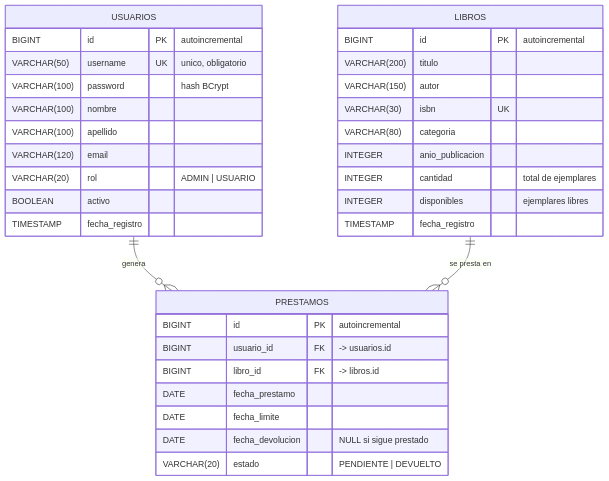
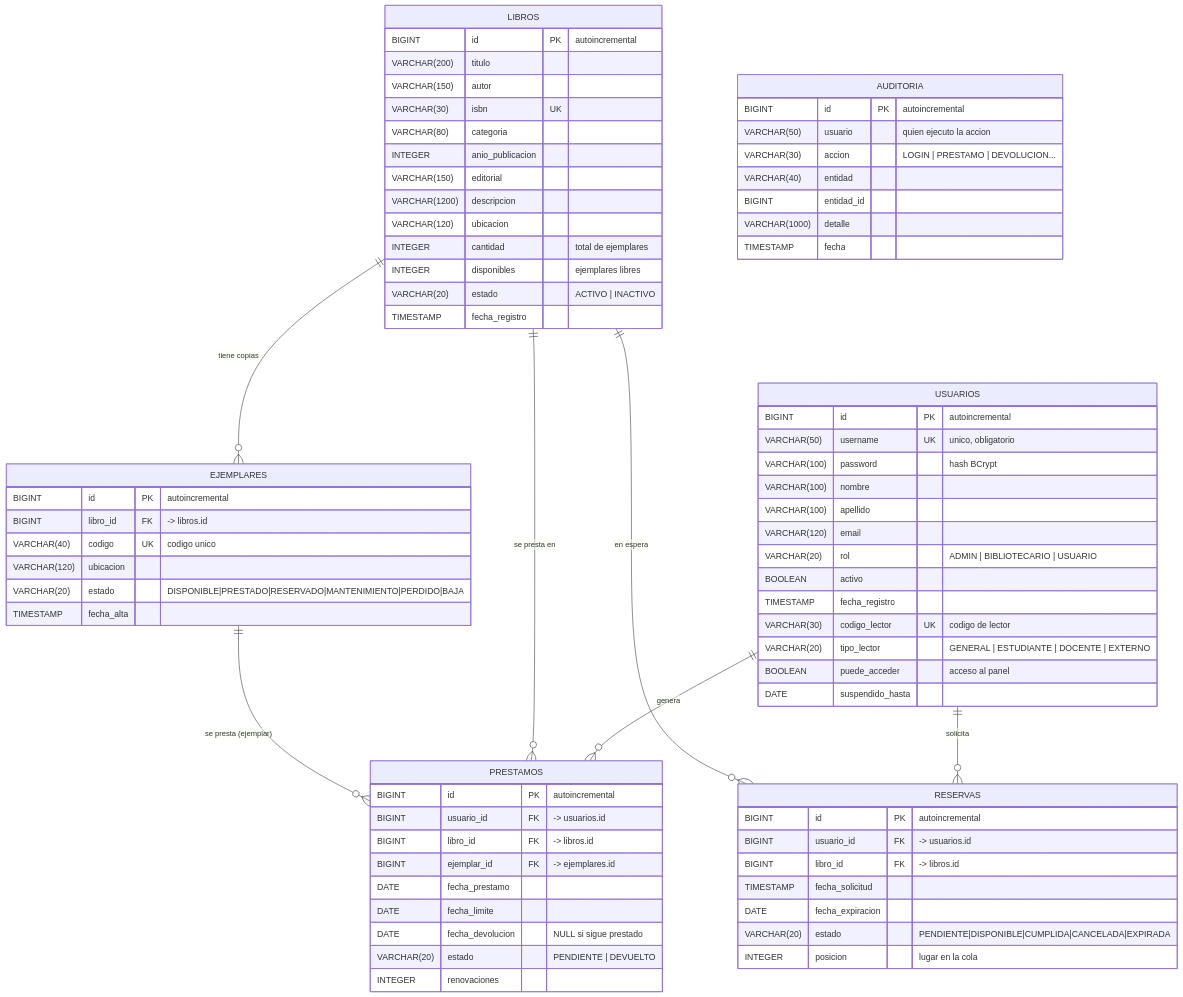
The first of 2 diagrams in INFORME.md (Maalik47/Biblioteca), drawn with Mermaid before and after one commit. The commit also changed other lines of this file and 69 other files, not shown here.

````diff
--- a/INFORME.md
+++ b/INFORME.md
@@ -99,39 +111,82 @@
 ```mermaid
 erDiagram
-    USUARIOS ||--o{ PRESTAMOS : "genera"
-    LIBROS   ||--o{ PRESTAMOS : "se presta en"
+    USUARIOS  ||--o{ PRESTAMOS  : "genera"
+    USUARIOS  ||--o{ RESERVAS   : "solicita"
+    LIBROS    ||--o{ PRESTAMOS  : "se presta en"
+    LIBROS    ||--o{ EJEMPLARES : "tiene copias"
+    LIBROS    ||--o{ RESERVAS   : "en espera"
+    EJEMPLARES ||--o{ PRESTAMOS : "se presta (ejemplar)"
 
     USUARIOS {
         BIGINT       id PK "autoincremental"
         VARCHAR(50)  username UK "unico, obligatorio"
         VARCHAR(100) password "hash BCrypt"
         VARCHAR(100) nombre
         VARCHAR(100) apellido
         VARCHAR(120) email
-        VARCHAR(20)  rol "ADMIN | USUARIO"
+        VARCHAR(20)  rol "ADMIN | BIBLIOTECARIO | USUARIO"
         BOOLEAN      activo
         TIMESTAMP    fecha_registro
+        VARCHAR(30)  codigo_lector UK "codigo de lector"
+        VARCHAR(20)  tipo_lector "GENERAL | ESTUDIANTE | DOCENTE | EXTERNO"
+        BOOLEAN      puede_acceder "acceso al panel"
+        DATE         suspendido_hasta
     }
 
     LIBROS {
         BIGINT       id PK "autoincremental"
         VARCHAR(200) titulo
         VARCHAR(150) autor
         VARCHAR(30)  isbn UK
         VARCHAR(80)  categoria
         INTEGER      anio_publicacion
+        VARCHAR(150) editorial
+        VARCHAR(1200) descripcion
+        VARCHAR(120) ubicacion
         INTEGER      cantidad "total de ejemplares"
         INTEGER      disponibles "ejemplares libres"
+        VARCHAR(20)  estado "ACTIVO | INACTIVO"
         TIMESTAMP    fecha_registro
+    }
+
+    EJEMPLARES {
+        BIGINT      id PK "autoincremental"
+        BIGINT      libro_id FK "-> libros.id"
+        VARCHAR(40) codigo UK "codigo unico"
+        VARCHAR(120) ubicacion
+        VARCHAR(20) estado "DISPONIBLE|PRESTADO|RESERVADO|MANTENIMIENTO|PERDIDO|BAJA"
+        TIMESTAMP   fecha_alta
     }
 
     PRESTAMOS {
         BIGINT   id PK "autoincremental"
         BIGINT   usuario_id FK "-> usuarios.id"
         BIGINT   libro_id FK "-> libros.id"
+        BIGINT   ejemplar_id FK "-> ejemplares.id"
         DATE     fecha_prestamo
         DATE     fecha_limite
         DATE     fecha_devolucion "NULL si sigue prestado"
         VARCHAR(20) estado "PENDIENTE | DEVUELTO"
+        INTEGER  renovaciones
+    }
+
+    RESERVAS {
+        BIGINT      id PK "autoincremental"
+        BIGINT      usuario_id FK "-> usuarios.id"
+        BIGINT      libro_id FK "-> libros.id"
+        TIMESTAMP   fecha_solicitud
+        DATE        fecha_expiracion
+        VARCHAR(20) estado "PENDIENTE|DISPONIBLE|CUMPLIDA|CANCELADA|EXPIRADA"
+        INTEGER     posicion "lugar en la cola"
+    }
+
+    AUDITORIA {
+        BIGINT        id PK "autoincremental"
+        VARCHAR(50)   usuario "quien ejecuto la accion"
+        VARCHAR(30)   accion "LOGIN | PRESTAMO | DEVOLUCION..."
+        VARCHAR(40)   entidad
+        BIGINT        entidad_id
+        VARCHAR(1000) detalle
+        TIMESTAMP     fecha
     }
 ```
````
